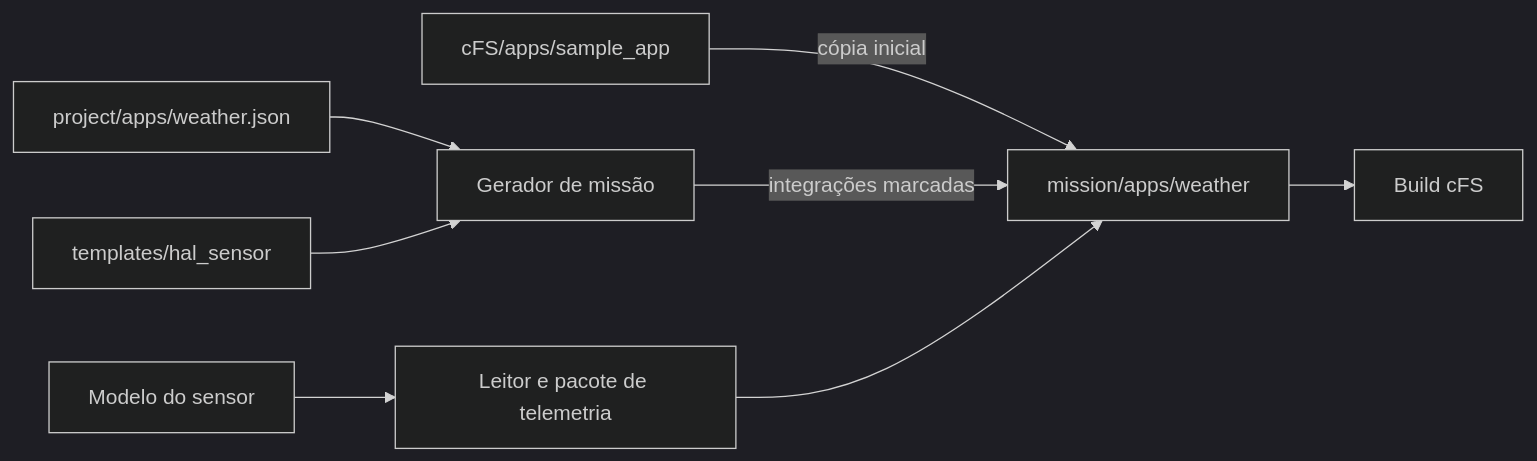
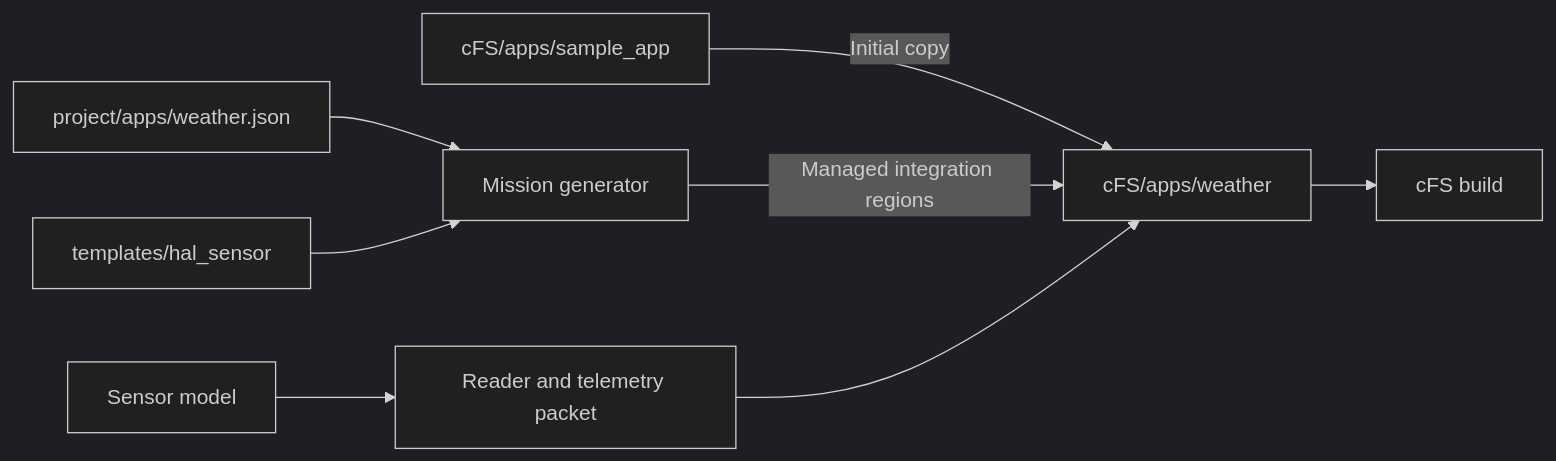
The diagram in project/appgen/README.md (Raiagues/cfs_emulator), drawn with Mermaid (dark theme) before and after one commit. The commit also changed other lines of this file and 317 other files, not shown here.

````diff
--- a/project/appgen/README.md
+++ b/project/appgen/README.md
@@ -5,10 +5,9 @@
 ```mermaid
 flowchart LR
-    Sample["cFS/apps/sample_app"] -->|cópia inicial| App["mission/apps/weather"]
-    Config["project/apps/weather.json"] --> Generator["Gerador de missão"]
+    Sample["cFS/apps/sample_app"] -->|Initial copy| App["cFS/apps/weather"]
+    Config["project/apps/weather.json"] --> Generator[Mission generator]
     Template["templates/hal_sensor"] --> Generator
-    Generator -->|integrações marcadas| App
-    Model["Modelo do sensor"] --> Reader["Leitor e pacote de telemetria"]
-    Reader --> App
-    App --> Build["Build cFS"]
+    Generator -->|Managed integration regions| App
+    Model[Sensor model] --> Reader[Reader and telemetry packet] --> App
+    App --> Build[cFS build]
 ```
````
